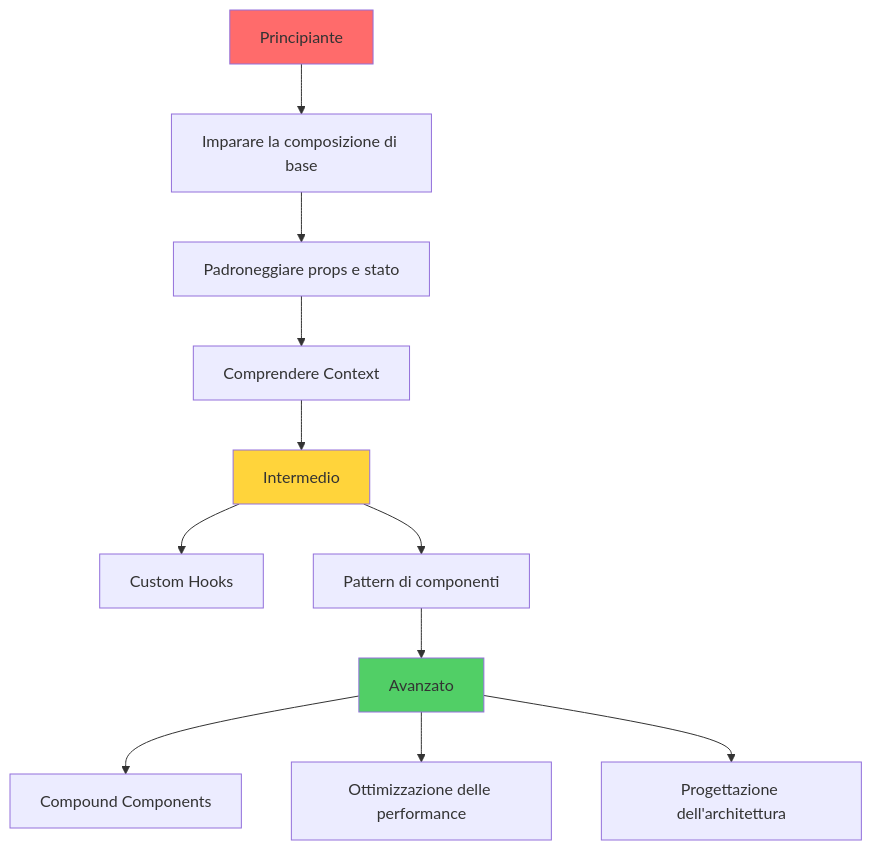
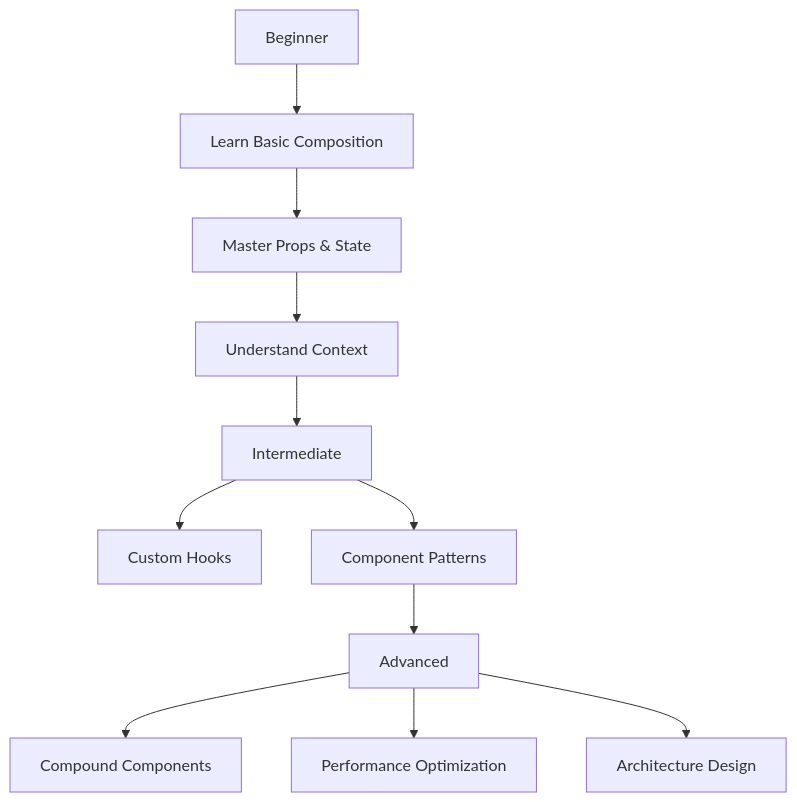
Diagram 12 of 12 in arguments/chapters/it/03-component-patterns-best-practices.md (BabaScience/react-guides), drawn with Mermaid before and after one commit. The commit also changed other lines of this file and 29 other files, not shown here.

First line of the commit message:
Bring React FR/IT translations to full English parity + theme-safe diagrams

````diff
--- a/arguments/chapters/it/03-component-patterns-best-practices.md
+++ b/arguments/chapters/it/03-component-patterns-best-practices.md
@@ -471,19 +2702,16 @@
 ```mermaid
 graph TD
-    A[Principiante] --> B[Imparare la composizione di base]
-    B --> C[Padroneggiare props e stato]
-    C --> D[Comprendere Context]
+    A[Beginner] --> B[Learn Basic Composition]
+    B --> C[Master Props & State]
+    C --> D[Understand Context]
     
-    D --> E[Intermedio]
+    D --> E[Intermediate]
     E --> F[Custom Hooks]
-    E --> G[Pattern di componenti]
+    E --> G[Component Patterns]
     
-    G --> H[Avanzato]
+    G --> H[Advanced]
     H --> I[Compound Components]
-    H --> J[Ottimizzazione delle performance]
-    H --> K[Progettazione dell'architettura]
+    H --> J[Performance Optimization]
+    H --> K[Architecture Design]
     
-    style A fill:#ff6b6b
-    style E fill:#ffd43b
-    style H fill:#51cf66
 ```
````
